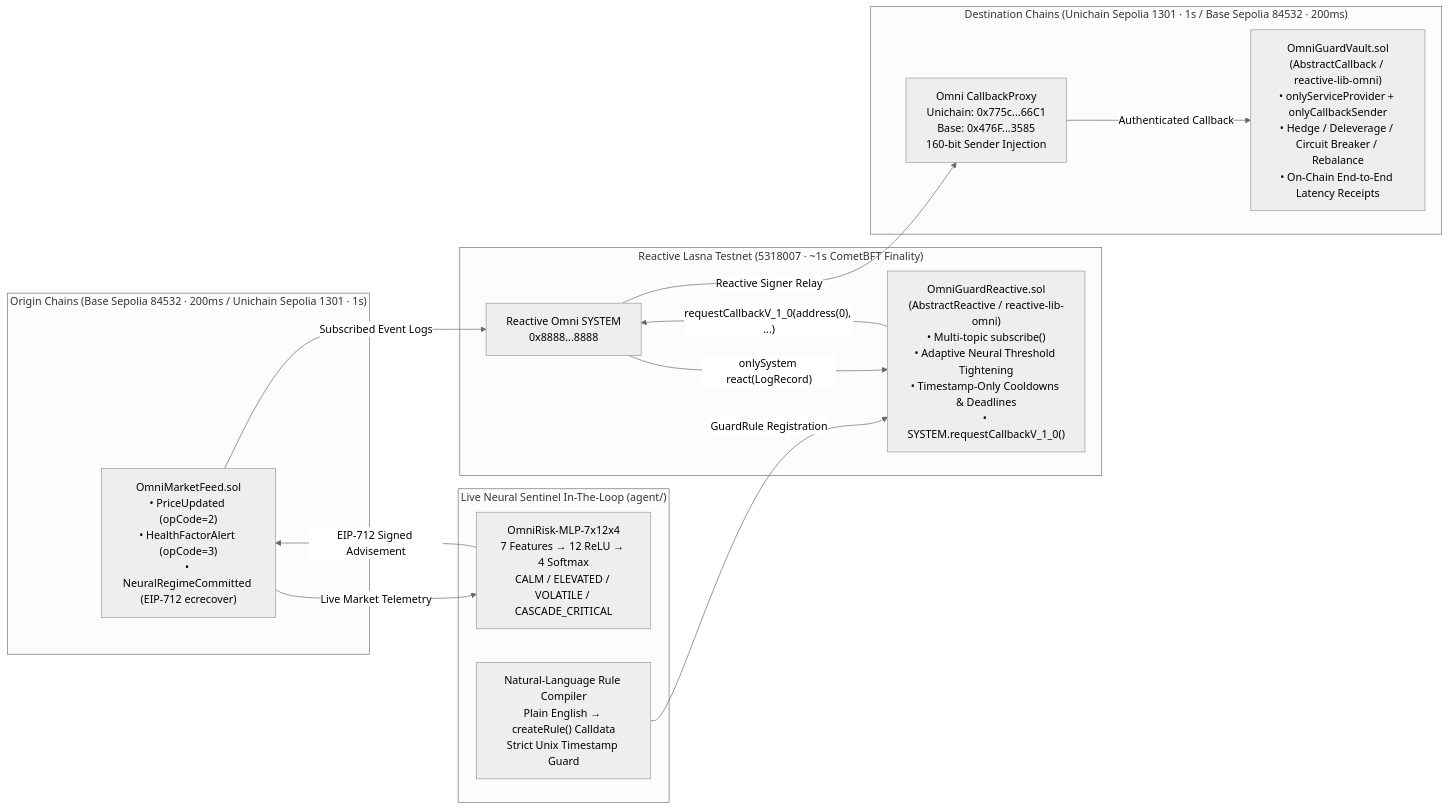
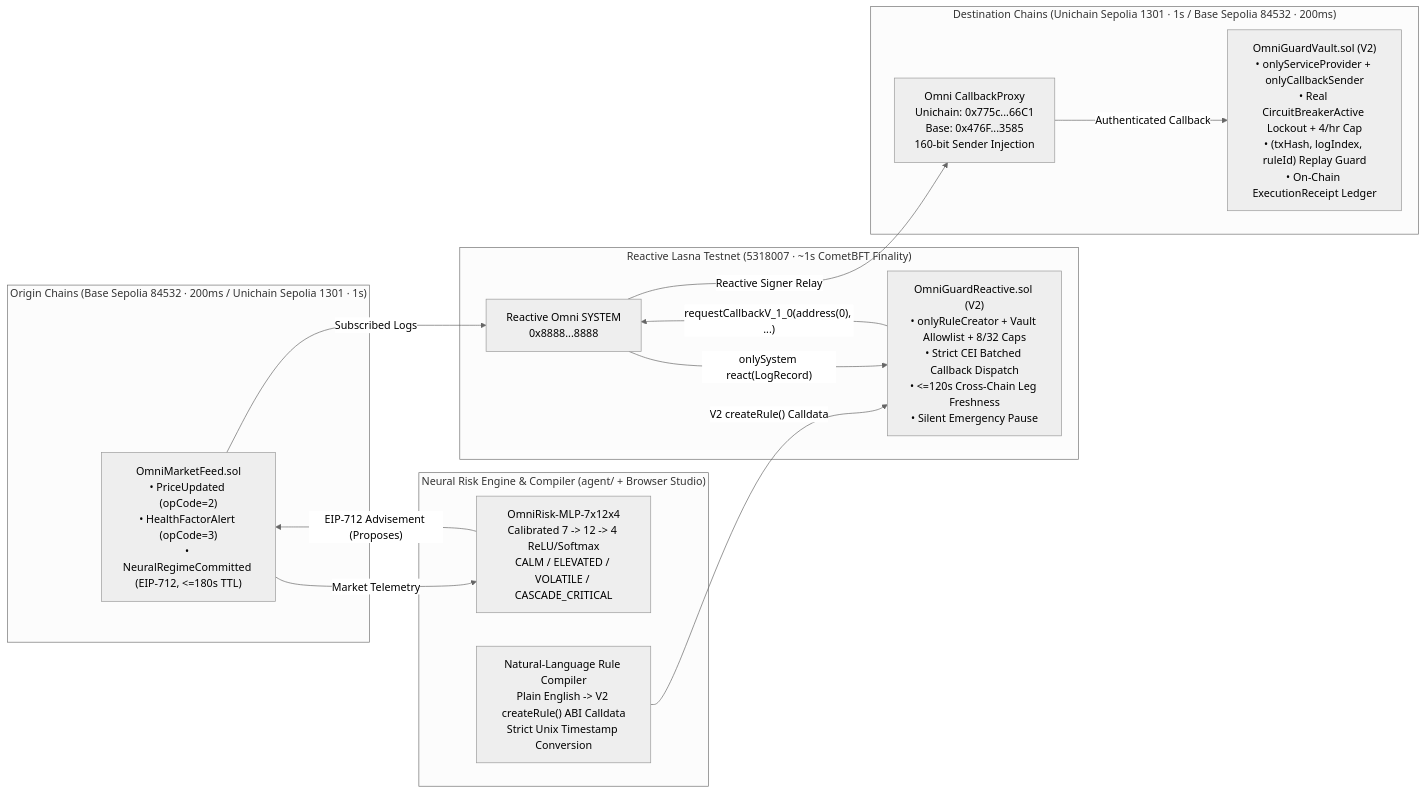
One commit to alphonshhhomenicmtu/omniguard-ai changed the diagram in README.md. Above: the diagram before and after it, drawn with Mermaid (neutral theme). The commit also changed other lines of this file and 25 other files, not shown here.

Commit message:
feat(v2): harden Solidity contracts (0 High/0 Med), add stateful invariants, public live RPC workbench, adversarial breaker lab & 10-slide deck

````diff
--- a/README.md
+++ b/README.md
@@ -47,30 +63,30 @@
 ```mermaid
 flowchart LR
     subgraph Origin["Origin Chains (Base Sepolia 84532 · 200ms / Unichain Sepolia 1301 · 1s)"]
-        MF["OmniMarketFeed.sol<br/>• PriceUpdated (opCode=2)<br/>• HealthFactorAlert (opCode=3)<br/>• NeuralRegimeCommitted (EIP-712 ecrecover)"]
+        MF["OmniMarketFeed.sol<br/>• PriceUpdated (opCode=2)<br/>• HealthFactorAlert (opCode=3)<br/>• NeuralRegimeCommitted (EIP-712, <=180s TTL)"]
     end
 
-    subgraph AI["Live Neural Sentinel In-The-Loop (agent/)"]
-        MLP["OmniRisk-MLP-7x12x4<br/>7 Features → 12 ReLU → 4 Softmax<br/>CALM / ELEVATED / VOLATILE / CASCADE_CRITICAL"]
-        NLP["Natural-Language Rule Compiler<br/>Plain English → createRule() Calldata<br/>Strict Unix Timestamp Guard"]
+    subgraph AI["Neural Risk Engine & Compiler (agent/ + Browser Studio)"]
+        MLP["OmniRisk-MLP-7x12x4<br/>Calibrated 7 -> 12 -> 4 ReLU/Softmax<br/>CALM / ELEVATED / VOLATILE / CASCADE_CRITICAL"]
+        NLP["Natural-Language Rule Compiler<br/>Plain English -> V2 createRule() ABI Calldata<br/>Strict Unix Timestamp Conversion"]
     end
 
     subgraph Omni["Reactive Lasna Testnet (5318007 · ~1s CometBFT Finality)"]
         SYS["Reactive Omni SYSTEM<br/>0x8888...8888"]
-        RSC["OmniGuardReactive.sol<br/>(AbstractReactive / reactive-lib-omni)<br/>• Multi-topic subscribe()<br/>• Adaptive Neural Threshold Tightening<br/>• Timestamp-Only Cooldowns & Deadlines<br/>• SYSTEM.requestCallbackV_1_0()"]
+        RSC["OmniGuardReactive.sol (V2)<br/>• onlyRuleCreator + Vault Allowlist + 8/32 Caps<br/>• Strict CEI Batched Callback Dispatch<br/>• <=120s Cross-Chain Leg Freshness<br/>• Silent Emergency Pause"]
     end
 
     subgraph Dest["Destination Chains (Unichain Sepolia 1301 · 1s / Base Sepolia 84532 · 200ms)"]
         PROXY["Omni CallbackProxy<br/>Unichain: 0x775c...66C1<br/>Base: 0x476F...3585<br/>160-bit Sender Injection"]
-        VAULT["OmniGuardVault.sol<br/>(AbstractCallback / reactive-lib-omni)<br/>• onlyServiceProvider + onlyCallbackSender<br/>• Hedge / Deleverage / Circuit Breaker / Rebalance<br/>• On-Chain End-to-End Latency Receipts"]
+        VAULT["OmniGuardVault.sol (V2)<br/>• onlyServiceProvider + onlyCallbackSender<br/>• Real CircuitBreakerActive Lockout + 4/hr Cap<br/>• (txHash, logIndex, ruleId) Replay Guard<br/>• On-Chain ExecutionReceipt Ledger"]
     end
 
-    MF -- "Subscribed Event Logs" --> SYS
-    MF -- "Live Market Telemetry" --> MLP
-    MLP -- "EIP-712 Signed Advisement" --> MF
-    NLP -- "GuardRule Registration" --> RSC
+    MF -- "Subscribed Logs" --> SYS
+    MF -- "Market Telemetry" --> MLP
+    MLP -- "EIP-712 Advisement (Proposes)" --> MF
+    NLP -- "V2 createRule() Calldata" --> RSC
     SYS -- "onlySystem react(LogRecord)" --> RSC
     RSC -- "requestCallbackV_1_0(address(0), ...)" --> SYS
     SYS -- "Reactive Signer Relay" --> PROXY
     PROXY -- "Authenticated Callback" --> VAULT
 ```
````
